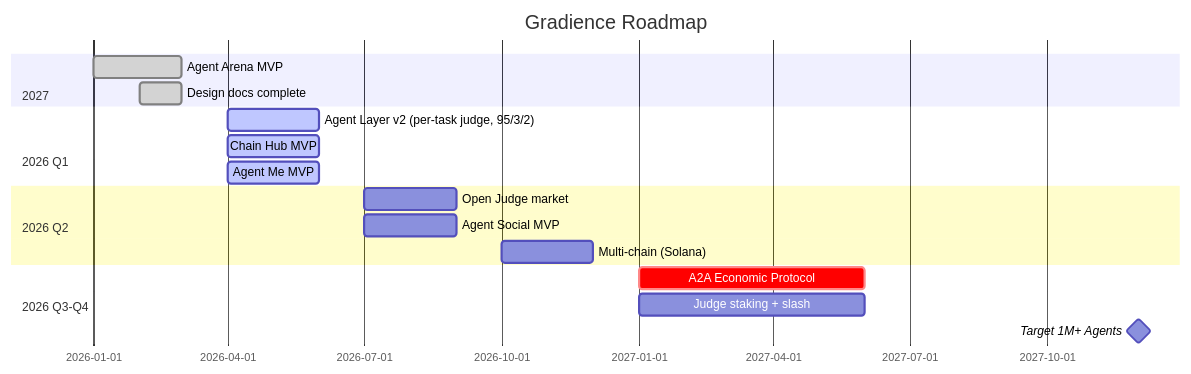
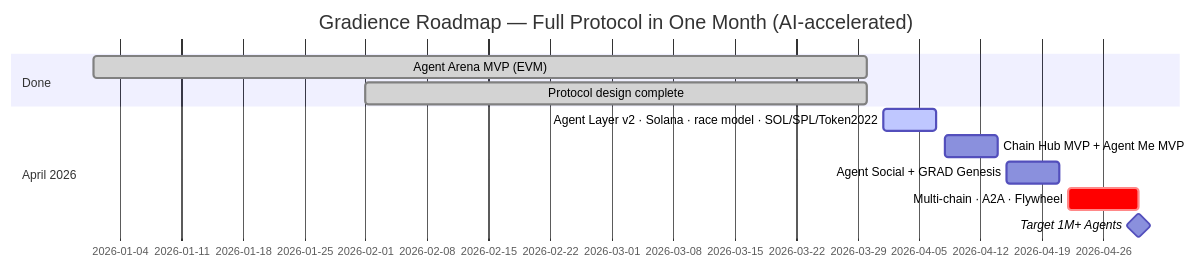
One commit to DaviRain-Su/gradience changed the ninth of 9 diagrams in README.md. Above: the diagram before and after it, drawn with Mermaid. The commit also changed 6 other files, not shown here.

First line of the commit message:
docs: 启动 Agent Layer v2 dev-lifecycle，更新全项目时间线至 2026-04

````diff
--- a/README.md
+++ b/README.md
@@ -368,23 +368,15 @@
 ```mermaid
 gantt
-    title Gradience Roadmap
-    dateFormat YYYY-MM
-    section 2026 Q1
-    Agent Arena MVP         :done, 2026-01, 2026-03
-    Design docs complete    :done, 2026-02, 2026-03
-    
-    section 2026 Q2
-    Agent Layer v2 (per-task judge, 95/3/2)  :active, 2026-04, 2026-06
-    Chain Hub MVP           :active, 2026-04, 2026-06
-    Agent Me MVP            :active, 2026-04, 2026-06
-    
-    section 2026 Q3-Q4
-    Open Judge market       :2026-07, 2026-09
-    Agent Social MVP        :2026-07, 2026-09
-    Multi-chain (Solana)    :2026-10, 2026-12
-    
-    section 2027
-    A2A Economic Protocol   :crit, 2027-01, 2027-06
-    Judge staking + slash   :2027-01, 2027-06
-    Target 1M+ Agents      :milestone, 2027-12, 0d
+    title Gradience Roadmap — Full Protocol in One Month (AI-accelerated)
+    dateFormat YYYY-MM-DD
+    section Done
+    Agent Arena MVP (EVM)         :done, 2026-01-01, 2026-03-30
+    Protocol design complete      :done, 2026-02-01, 2026-03-30
+
+    section April 2026
+    Agent Layer v2 · Solana · race model · SOL/SPL/Token2022  :active, 2026-04-01, 2026-04-07
+    Chain Hub MVP + Agent Me MVP  :2026-04-08, 2026-04-14
+    Agent Social + GRAD Genesis   :2026-04-15, 2026-04-21
+    Multi-chain · A2A · Flywheel  :crit, 2026-04-22, 2026-04-30
+    Target 1M+ Agents             :milestone, 2026-04-30, 0d
 ```
````
